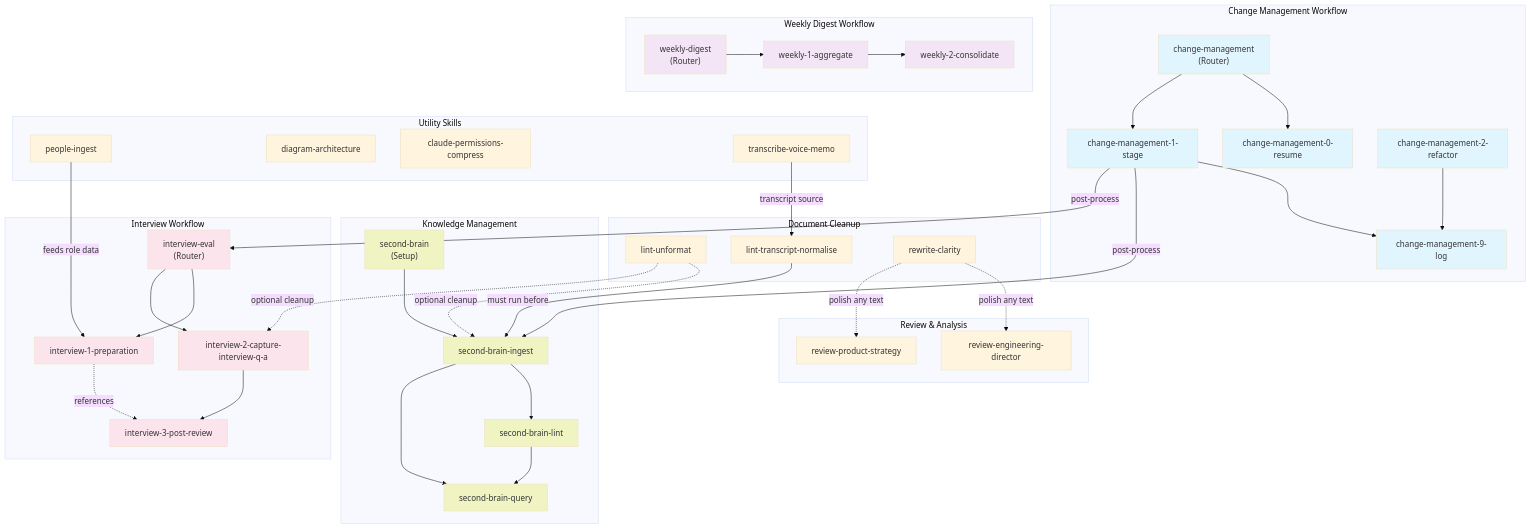
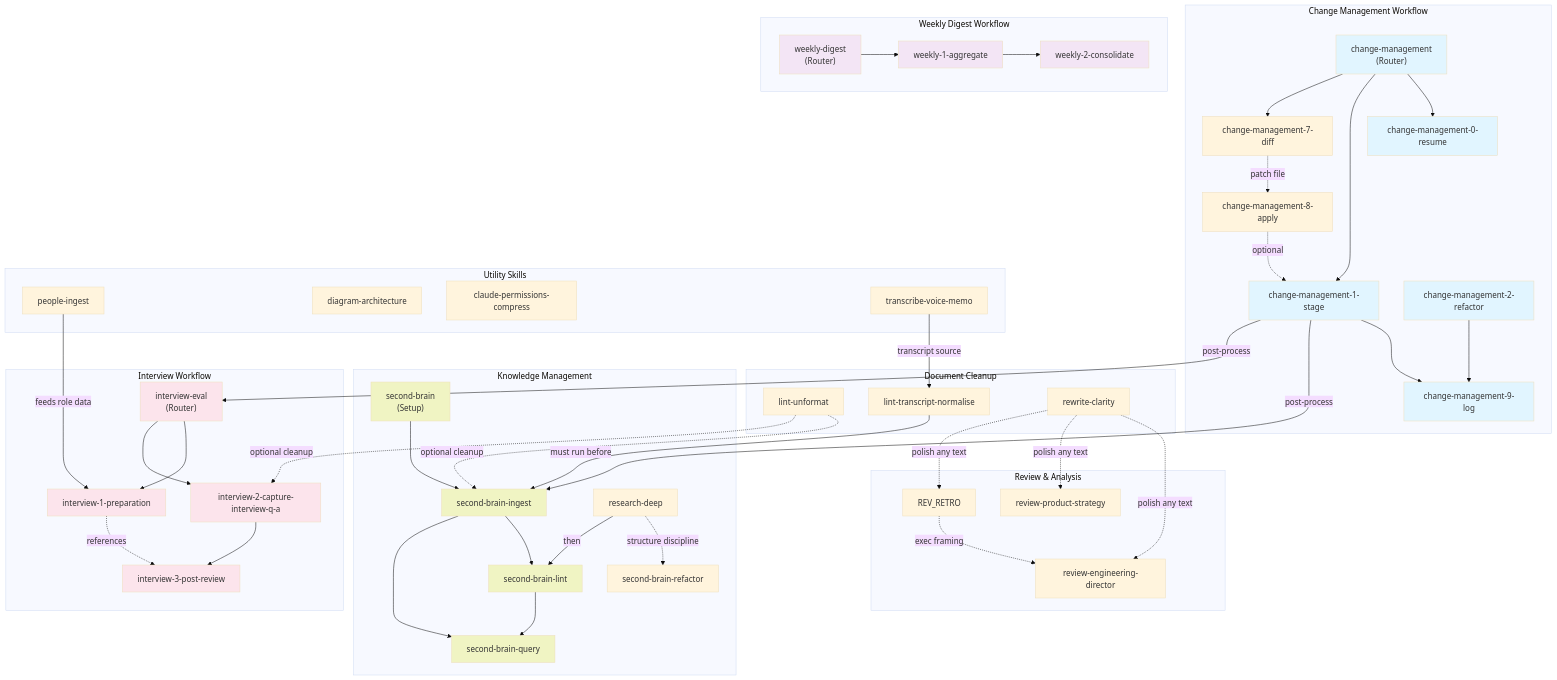
The diagram in skills/README.md (frtu/agents-os), drawn with Mermaid (base theme) before and after one commit. The commit also changed other lines of this file and 1 other file, not shown here.

Commit message:
feat: skill / foundation - Create skill structure & standard to allow LLM to create new skills

```diff
--- a/skills/README.md
+++ b/skills/README.md
@@ -286,8 +369,14 @@
         
         CM --> CM0
         CM --> CM1
+        CM7["change-management-7-diff"]
+        CM8["change-management-8-apply"]
+
         CM1 --> CM9
         CM2 --> CM9
+        CM --> CM7
+        CM7 -.->|patch file| CM8
+        CM8 -.->|optional| CM1
     end
     
     subgraph SecondBrain["Knowledge Management"]
@@ -300,6 +389,10 @@
         SBINGEST --> SBLINT
         SBINGEST --> SBQUERY
         SBLINT --> SBQUERY
+        SBREF["second-brain-refactor"]
+        RESEARCH["research-deep"]
+        RESEARCH -.->|structure discipline| SBREF
+        RESEARCH -->|then| SBLINT
     end
     
     subgraph Lint["Document Cleanup"]
@@ -332,6 +425,7 @@
     subgraph Review["Review & Analysis"]
         REV_ENG["review-engineering-director"]
         REV_PROD["review-product-strategy"]
+        REV_RETRO -.->|exec framing| REV_ENG
     end
     
     subgraph Util["Utility Skills"]
@@ -347,6 +441,7 @@
     LUNFORMAT -.->|optional cleanup| IE2
     CLARITY -.->|polish any text| REV_ENG
     CLARITY -.->|polish any text| REV_PROD
+    CLARITY -.->|polish any text| REV_RETRO
     PEOPLE -->|feeds role data| IE1
     CM1 -->|post-process| SBINGEST
     CM1 -->|post-process| IE
```
